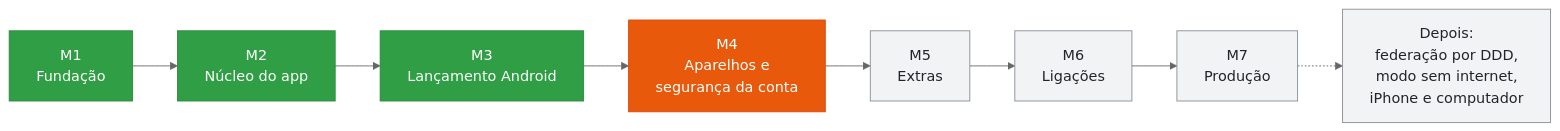
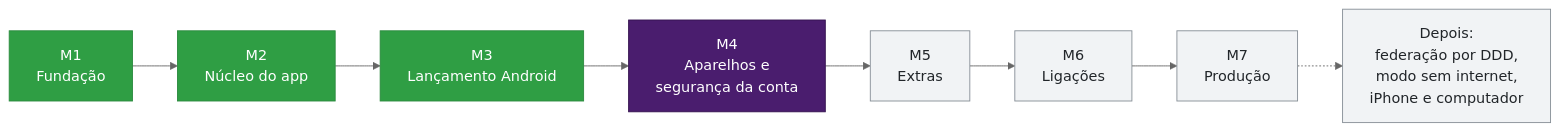
Before and after one commit to kaiomp/alo: the first of 2 diagrams in docs/roadmap.md, drawn with Mermaid (neutral theme). The commit also changed other lines of this file and 45 other files, not shown here.

````diff
--- a/docs/roadmap.md
+++ b/docs/roadmap.md
@@ -10,17 +10,17 @@
 ```mermaid
 flowchart LR
   M1["M1<br/>Fundação"] --> M2["M2<br/>Núcleo do app"]
   M2 --> M3["M3<br/>Lançamento Android"]
   M3 --> M4["M4<br/>Aparelhos e<br/>segurança da conta"]
   M4 --> M5["M5<br/>Extras"]
   M5 --> M6["M6<br/>Ligações"]
   M6 --> M7["M7<br/>Produção"]
   M7 -.-> F["Depois:<br/>federação por DDD,<br/>modo sem internet,<br/>iPhone e computador"]
 
   classDef pronto fill:#2f9e44,stroke:#2b8a3e,color:#ffffff
-  classDef proxima fill:#E8590C,stroke:#d9480f,color:#ffffff
+  classDef proxima fill:#4A1D6E,stroke:#34124F,color:#ffffff
   classDef planejada fill:#f1f3f5,stroke:#868e96,color:#212529
   class M1,M2,M3 pronto
   class M4 proxima
   class M5,M6,M7,F planejada
 ```
````
